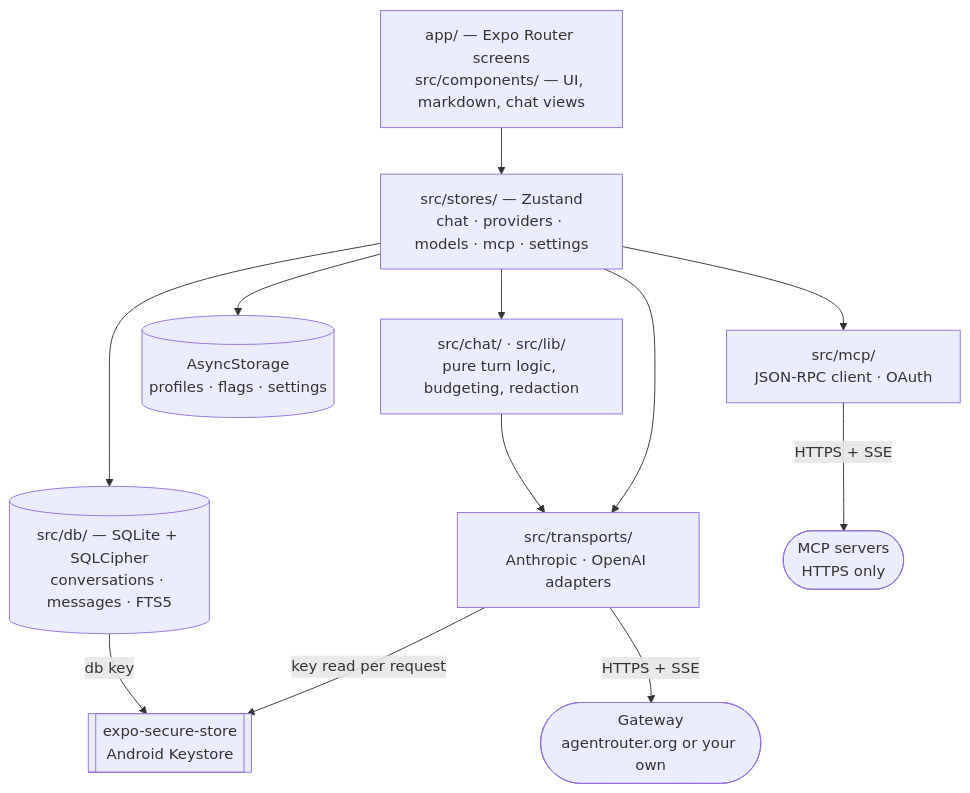
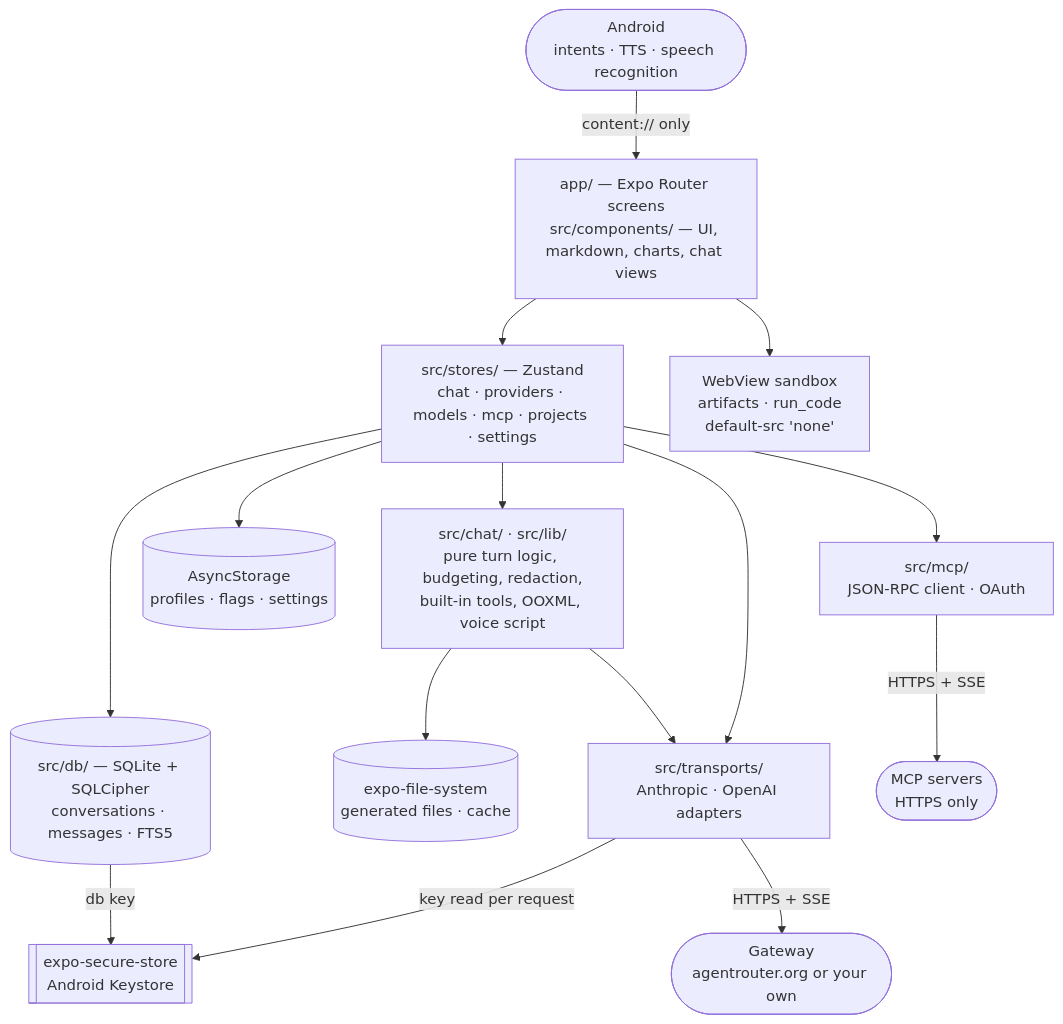
One commit to Suke2004/SuperAgent changed the first of 4 diagrams in README.md. Above: the diagram before and after it, drawn with Mermaid. The commit also changed other lines of this file and 21 other files, not shown here.

````diff
--- a/README.md
+++ b/README.md
@@ -60,25 +79,31 @@
 ```mermaid
 flowchart TD
-    UI["app/ — Expo Router screens<br/>src/components/ — UI, markdown, chat views"]
-    ST["src/stores/ — Zustand<br/>chat · providers · models · mcp · settings"]
-    LOGIC["src/chat/ · src/lib/<br/>pure turn logic, budgeting, redaction"]
+    UI["app/ — Expo Router screens<br/>src/components/ — UI, markdown, charts, chat views"]
+    ST["src/stores/ — Zustand<br/>chat · providers · models · mcp · projects · settings"]
+    LOGIC["src/chat/ · src/lib/<br/>pure turn logic, budgeting, redaction,<br/>built-in tools, OOXML, voice script"]
     DB[("src/db/ — SQLite + SQLCipher<br/>conversations · messages · FTS5")]
     KS[["expo-secure-store<br/>Android Keystore"]]
     AS[("AsyncStorage<br/>profiles · flags · settings")]
+    FS[("expo-file-system<br/>generated files · cache")]
+    WV["WebView sandbox<br/>artifacts · run_code<br/>default-src 'none'"]
     TR["src/transports/<br/>Anthropic · OpenAI adapters"]
     MCP["src/mcp/<br/>JSON-RPC client · OAuth"]
     GW(["Gateway<br/>agentrouter.org or your own"])
     SRV(["MCP servers<br/>HTTPS only"])
+    OS(["Android<br/>intents · TTS · speech recognition"])
 
+    OS -->|"content:// only"| UI
     UI --> ST
+    UI --> WV
     ST --> LOGIC
     ST --> DB
     ST --> TR
     ST --> MCP
+    LOGIC --> FS
     LOGIC --> TR
     TR -->|"key read per request"| KS
     ST --> AS
     DB -->|"db key"| KS
     TR -->|HTTPS + SSE| GW
     MCP -->|HTTPS + SSE| SRV
 ```
````
